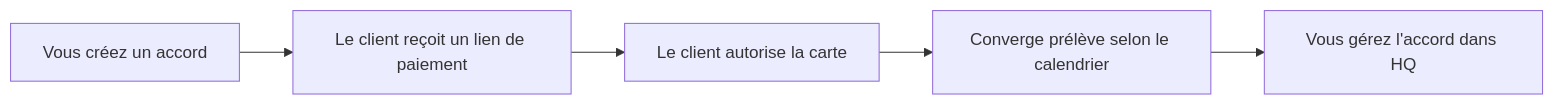
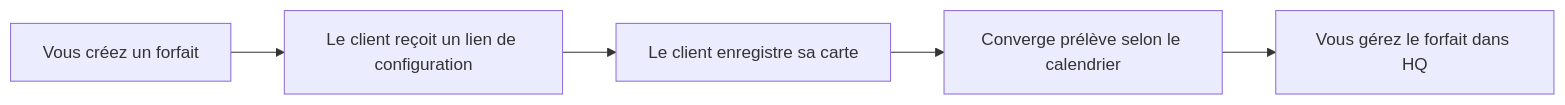
The diagram in fr-CA/taliup-hq/features/recurring-payments.mdx (Taliup/docs), drawn with Mermaid before and after one commit. The commit also changed other lines of this file and 118 other files, not shown here.

````diff
--- a/fr-CA/taliup-hq/features/recurring-payments.mdx
+++ b/fr-CA/taliup-hq/features/recurring-payments.mdx
@@ -38,10 +42,10 @@
 ```mermaid
 flowchart LR
-  create["Vous créez un accord"]
-  invite["Le client reçoit un lien de paiement"]
-  enroll["Le client autorise la carte"]
+  create["Vous créez un forfait"]
+  invite["Le client reçoit un lien de configuration"]
+  enroll["Le client enregistre sa carte"]
   bill["Converge prélève selon le calendrier"]
-  manage["Vous gérez l'accord dans HQ"]
+  manage["Vous gérez le forfait dans HQ"]
 
   create --> invite --> enroll --> bill --> manage
 ```
````
